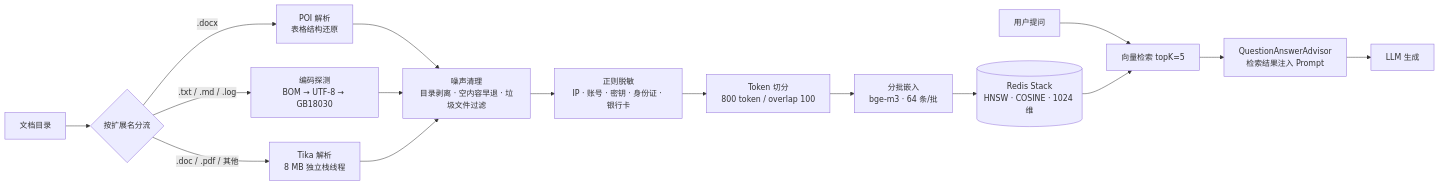
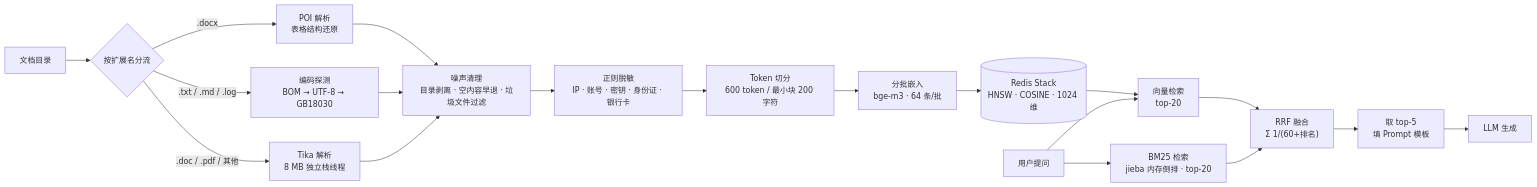
The diagram in README.md (937400862/docbase), drawn with Mermaid before and after one commit. The commit also changed other lines of this file, not shown here.

First line of the commit message:
README 同步混合检索：架构图、接口、配置、已知限制、否决方案

````diff
--- a/README.md
+++ b/README.md
@@ -34,21 +39,24 @@
 ```mermaid
 flowchart LR
     A[文档目录] --> B{按扩展名分流}
     B -->|".docx"| C["POI 解析<br/>表格结构还原"]
     B -->|".txt / .md / .log"| D["编码探测<br/>BOM → UTF-8 → GB18030"]
     B -->|".doc / .pdf / 其他"| E["Tika 解析<br/>8 MB 独立栈线程"]
 
     C --> F["噪声清理<br/>目录剥离 · 空内容早退 · 垃圾文件过滤"]
     D --> F
     E --> F
 
     F --> G["正则脱敏<br/>IP · 账号 · 密钥 · 身份证 · 银行卡"]
-    G --> H["Token 切分<br/>800 token / overlap 100"]
+    G --> H["Token 切分<br/>600 token / 最小块 200 字符"]
     H --> I["分批嵌入<br/>bge-m3 · 64 条/批"]
     I --> J[("Redis Stack<br/>HNSW · COSINE · 1024 维")]
 
-    Q[用户提问] --> K["向量检索 topK=5"]
-    J --> K
-    K --> L["QuestionAnswerAdvisor<br/>检索结果注入 Prompt"]
+    Q[用户提问] --> K1["向量检索<br/>top-20"]
+    Q --> K2["BM25 检索<br/>jieba 内存倒排 · top-20"]
+    J --> K1
+    K1 --> R["RRF 融合<br/>Σ 1/(60+排名)"]
+    K2 --> R
+    R --> L["取 top-5<br/>填 Prompt 模板"]
     L --> M["LLM 生成"]
 ```
````
